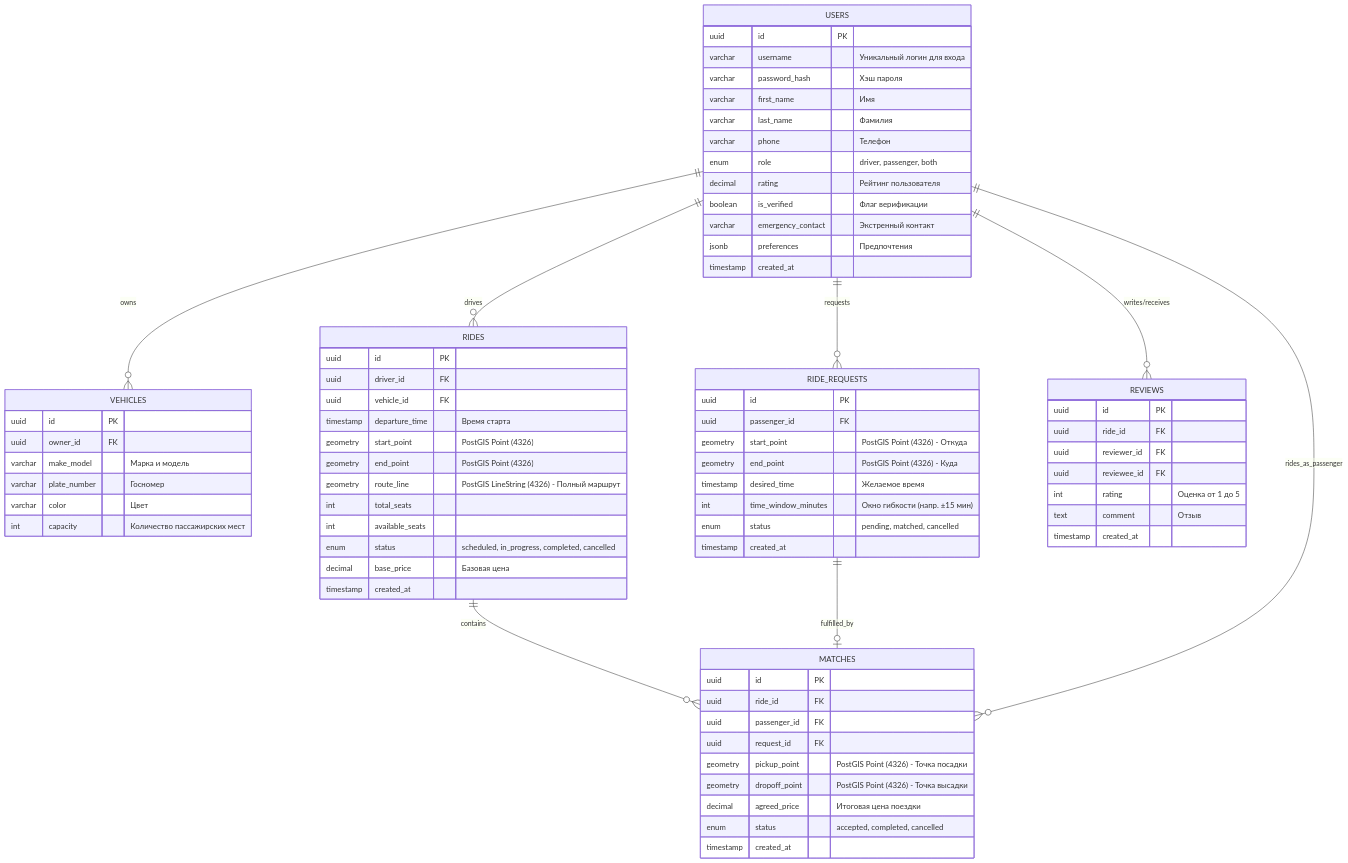
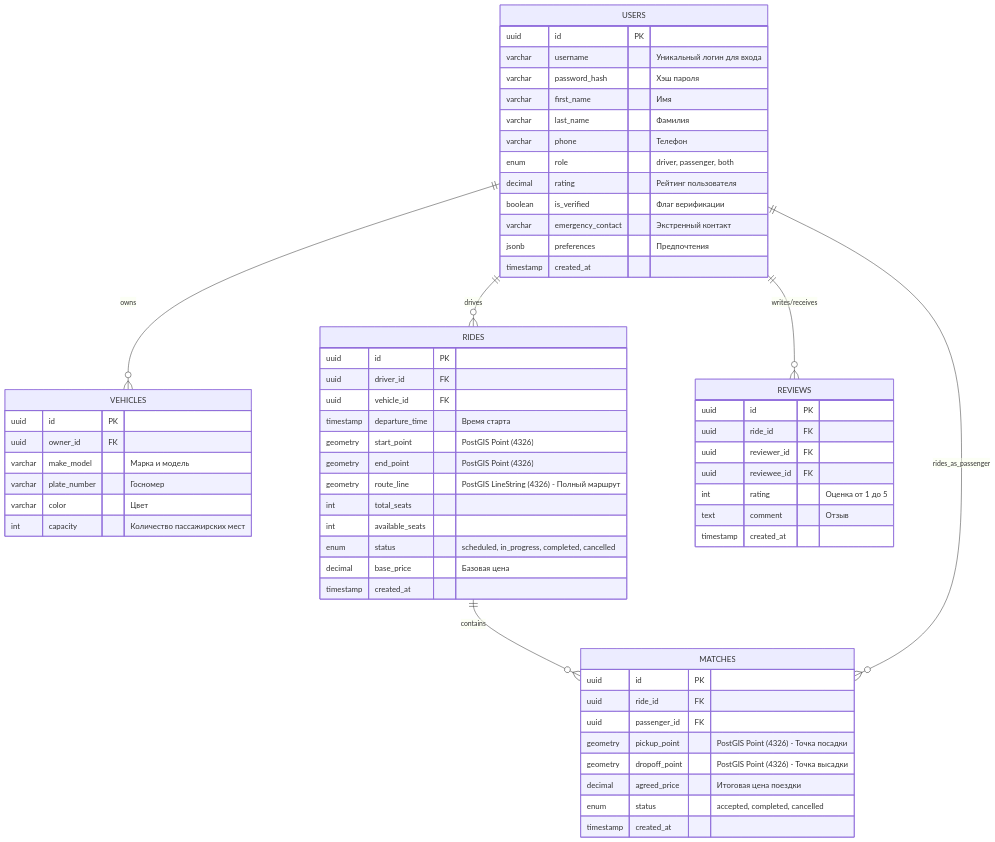
One commit to MusorDrop/taksi changed the diagram in backend/README.md. Above: the diagram before and after it, drawn with Mermaid. The commit also changed 1 other file, not shown here.

Commit message:
рефактор(db): удалил неиспользуемую таблицу ride_requests

````diff
--- a/backend/README.md
+++ b/backend/README.md
@@ -114,82 +114,68 @@
 ```mermaid
 erDiagram
     USERS ||--o{ VEHICLES : owns
     USERS ||--o{ RIDES : "drives"
-    USERS ||--o{ RIDE_REQUESTS : "requests"
     USERS ||--o{ REVIEWS : "writes/receives"
     RIDES ||--o{ MATCHES : "contains"
-    RIDE_REQUESTS ||--o| MATCHES : "fulfilled_by"
     USERS ||--o{ MATCHES : "rides_as_passenger"
 
     USERS {
         uuid id PK
         varchar username "Уникальный логин для входа"
         varchar password_hash "Хэш пароля"
         varchar first_name "Имя"
         varchar last_name "Фамилия"
         varchar phone "Телефон"
         enum role "driver, passenger, both"
         decimal rating "Рейтинг пользователя"
         boolean is_verified "Флаг верификации"
         varchar emergency_contact "Экстренный контакт"
         jsonb preferences "Предпочтения"
         timestamp created_at
     }
 
     VEHICLES {
         uuid id PK
         uuid owner_id FK
         varchar make_model "Марка и модель"
         varchar plate_number "Госномер"
         varchar color "Цвет"
         int capacity "Количество пассажирских мест"
     }
 
     RIDES {
         uuid id PK
         uuid driver_id FK
         uuid vehicle_id FK
         timestamp departure_time "Время старта"
         geometry start_point "PostGIS Point (4326)"
         geometry end_point "PostGIS Point (4326)"
         geometry route_line "PostGIS LineString (4326) - Полный маршрут"
         int total_seats
         int available_seats
         enum status "scheduled, in_progress, completed, cancelled"
         decimal base_price "Базовая цена"
         timestamp created_at
     }
 
-    RIDE_REQUESTS {
-        uuid id PK
-        uuid passenger_id FK
-        geometry start_point "PostGIS Point (4326) - Откуда"
-        geometry end_point "PostGIS Point (4326) - Куда"
-        timestamp desired_time "Желаемое время"
-        int time_window_minutes "Окно гибкости (напр. ±15 мин)"
-        enum status "pending, matched, cancelled"
-        timestamp created_at
-    }
-
     MATCHES {
         uuid id PK
         uuid ride_id FK
         uuid passenger_id FK
-        uuid request_id FK
         geometry pickup_point "PostGIS Point (4326) - Точка посадки"
         geometry dropoff_point "PostGIS Point (4326) - Точка высадки"
         decimal agreed_price "Итоговая цена поездки"
         enum status "accepted, completed, cancelled"
         timestamp created_at
     }
 
     REVIEWS {
         uuid id PK
         uuid ride_id FK
         uuid reviewer_id FK
         uuid reviewee_id FK
         int rating "Оценка от 1 до 5"
         text comment "Отзыв"
         timestamp created_at
     }
 ```
````
